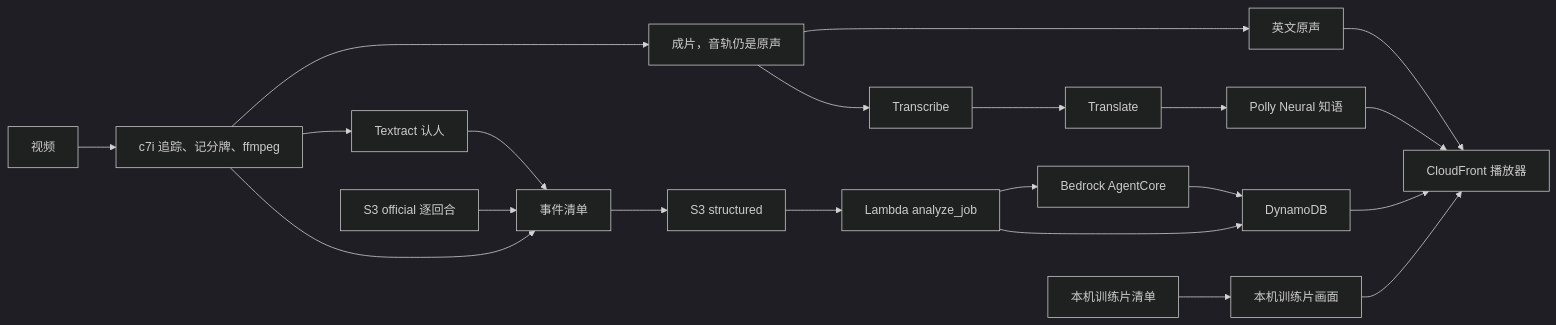
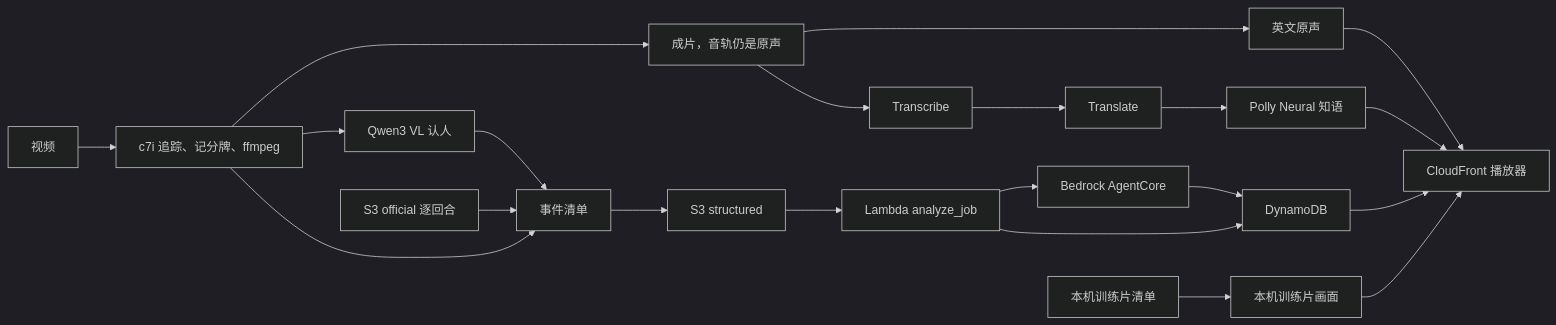
One commit to Max-lzp/Agent-NBA changed the diagram in docs/pipeline-map.md. Above: the diagram before and after it, drawn with Mermaid (dark theme). The commit also changed other lines of this file and 4 other files, not shown here.

````diff
--- a/docs/pipeline-map.md
+++ b/docs/pipeline-map.md
@@ -8,23 +8,23 @@
 ```mermaid
 flowchart LR
   video[视频] --> machine[c7i 追踪、记分牌、ffmpeg]
-  machine --> textract[Textract 认人]
+  machine --> textract[Qwen3 VL 认人]
   machine --> film[成片，音轨仍是原声]
   film --> en[英文原声]
   film --> asr[Transcribe]
   asr --> zhwords[Translate]
   zhwords --> polly[Polly Neural 知语]
   en --> page[CloudFront 播放器]
   polly --> page
   textract --> stream[事件清单]
   officials3[S3 official 逐回合] --> stream
   machine --> stream
   stream --> s3[S3 structured]
   s3 --> analyze[Lambda analyze_job]
   analyze --> agent[Bedrock AgentCore]
   agent --> ddb[DynamoDB]
   analyze --> ddb
   ddb --> page
   localstream[本机训练片清单] --> cut[本机训练片画面]
   cut --> page
 ```
````
